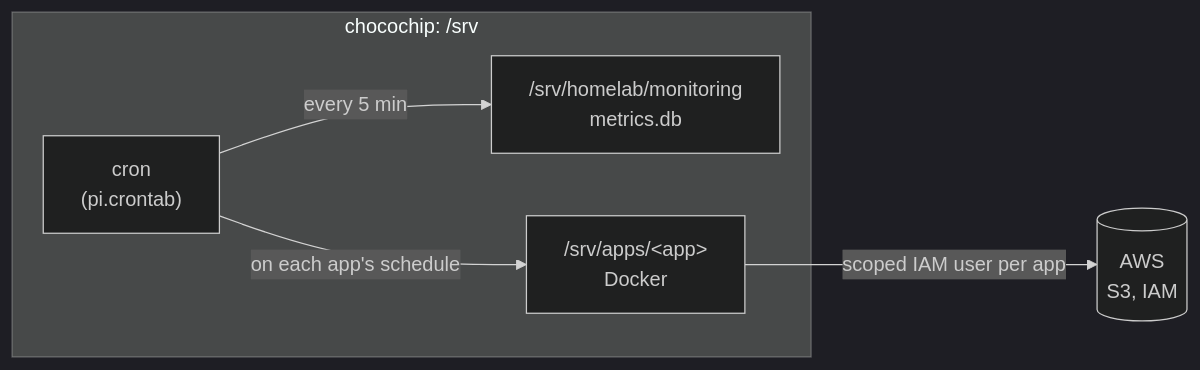
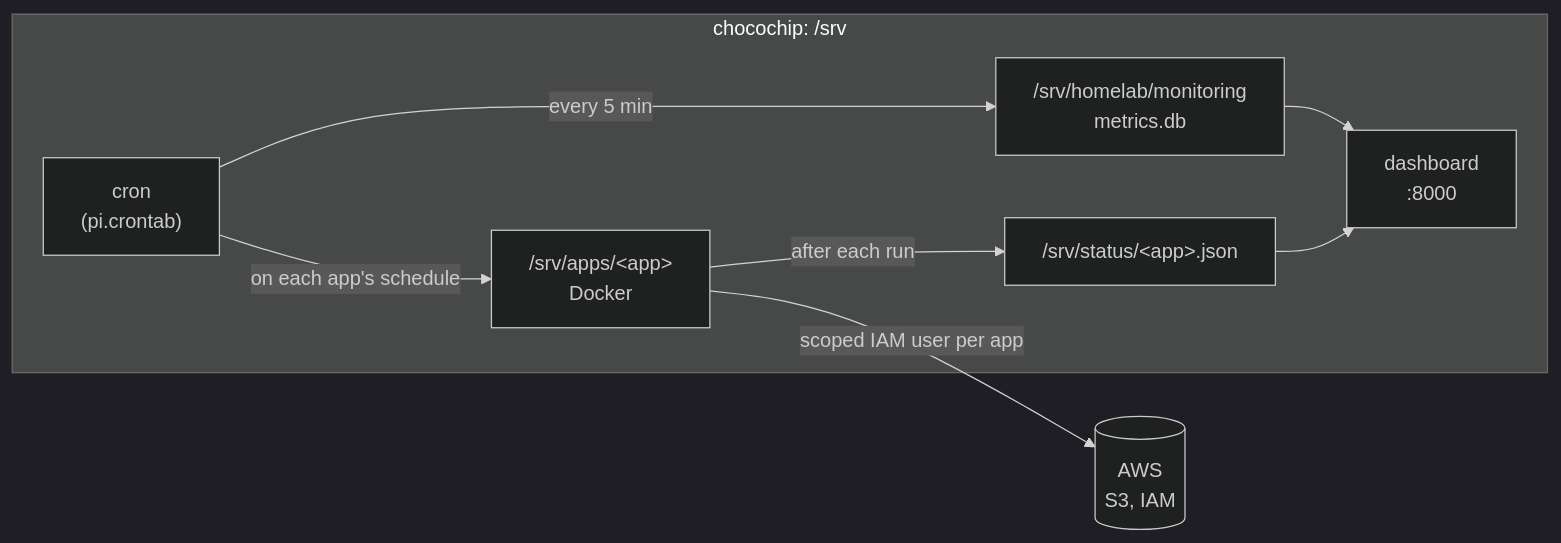
The diagram in README.md (JeremyTran211/Homelab), drawn with Mermaid (dark theme) before and after one commit. The commit also changed other lines of this file and 8 other files, not shown here.

First line of the commit message:
Phase 1: FastAPI dashboard for Pi health and app status

````diff
--- a/README.md
+++ b/README.md
@@ -10,13 +10,18 @@
 ```mermaid
 flowchart LR
     subgraph pi["chocochip: /srv"]
         cron["cron<br/>(pi.crontab)"]
         mon["/srv/homelab/monitoring<br/>metrics.db"]
         apps["/srv/apps/&lt;app&gt;<br/>Docker"]
+        status["/srv/status/&lt;app&gt;.json"]
+        dash["dashboard<br/>:8000"]
     end
     aws[("AWS<br/>S3, IAM")]
 
     cron -->|"every 5 min"| mon
     cron -->|"on each app's schedule"| apps
     apps -->|"scoped IAM user per app"| aws
+    apps -->|"after each run"| status
+    mon --> dash
+    status --> dash
 ```
````
